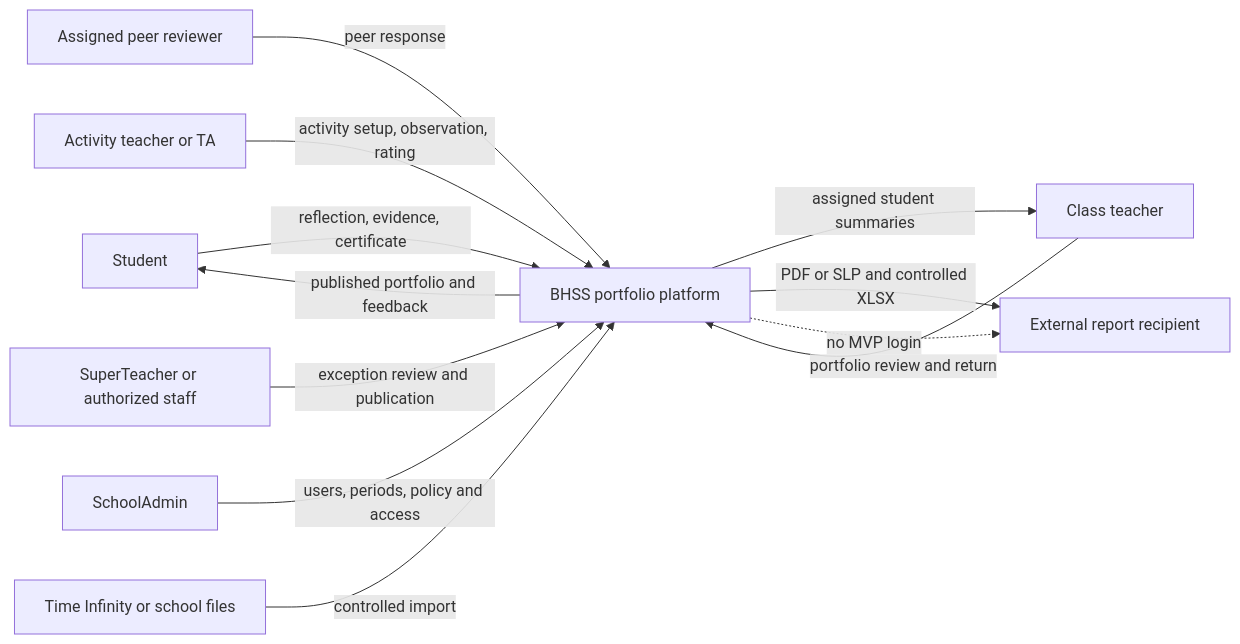
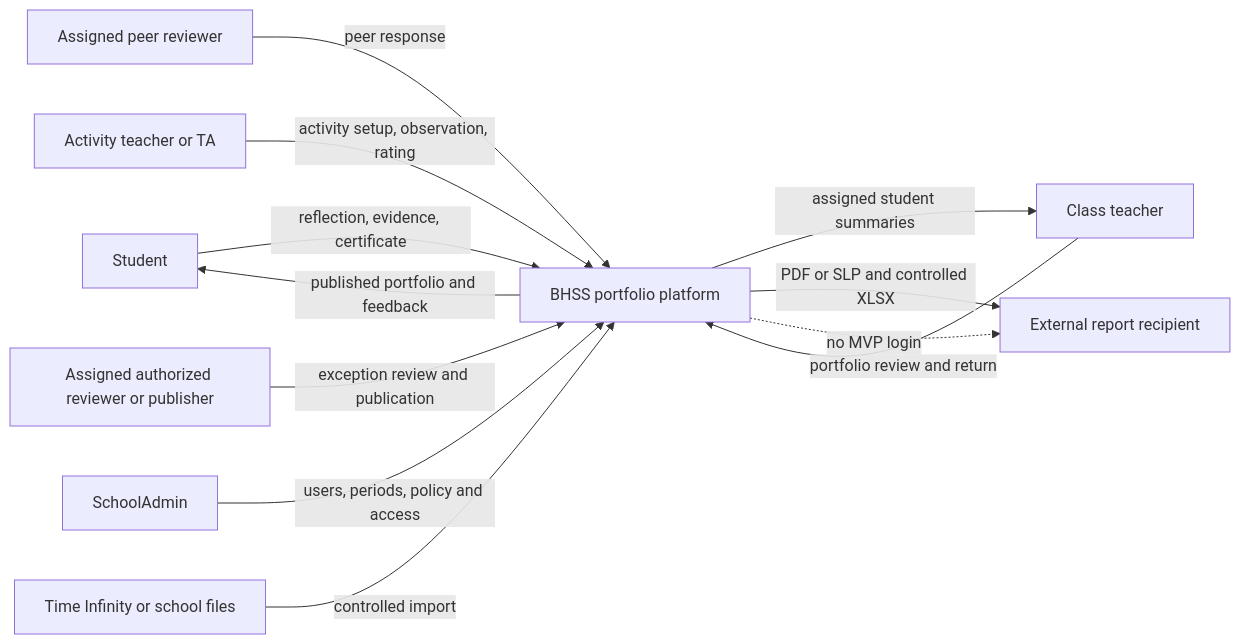
One commit to heison-octopus/testing-port changed the third of 24 diagrams in output/English/Core data relationships.md. Above: the diagram before and after it, drawn with Mermaid. The commit also changed other lines of this file and 117 other files, not shown here.

````diff
--- a/output/English/Core data relationships.md
+++ b/output/English/Core data relationships.md
@@ -283,14 +305,14 @@
 ```mermaid
 flowchart LR
     Student[Student] -->|reflection, evidence, certificate| Platform[BHSS portfolio platform]
     Peer[Assigned peer reviewer] -->|peer response| Platform
     ActivityTeacher[Activity teacher or TA] -->|activity setup, observation, rating| Platform
     ClassTeacher[Class teacher] -->|portfolio review and return| Platform
-    Staff[SuperTeacher or authorized staff] -->|exception review and publication| Platform
+    Staff[Assigned authorized reviewer or publisher] -->|exception review and publication| Platform
     Admin[SchoolAdmin] -->|users, periods, policy and access| Platform
     TimeInfinity[Time Infinity or school files] -->|controlled import| Platform
     Platform -->|published portfolio and feedback| Student
     Platform -->|assigned student summaries| ClassTeacher
     Platform -->|PDF or SLP and controlled XLSX| External[External report recipient]
     Platform -.->|no MVP login| External
 ```
````
